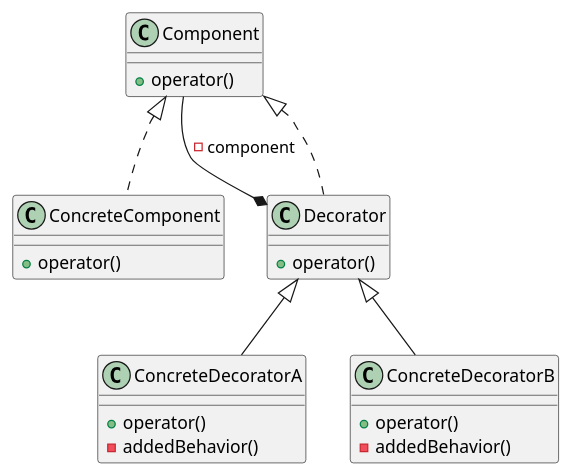
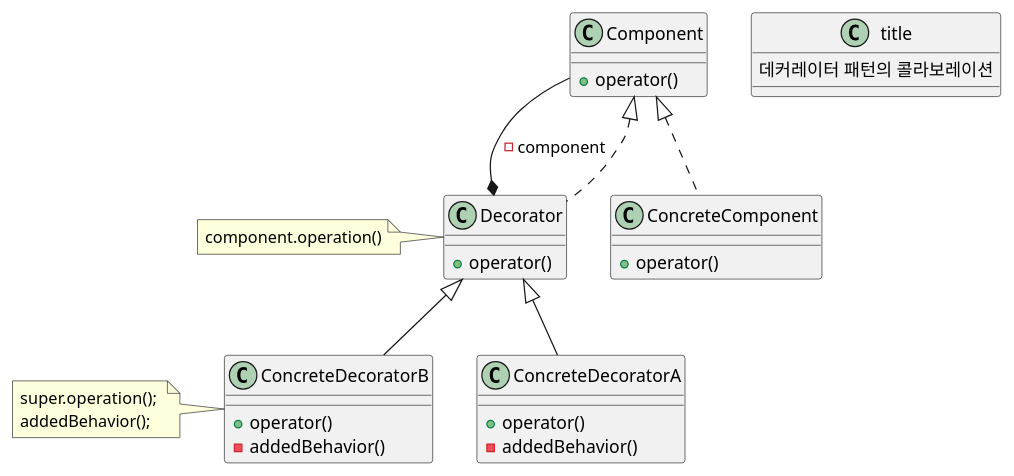
The diagram in ch10-decorator-patterns/diagrams/decorator-pattern-collaboration.puml (walbatrossw/java-design-patterns), drawn with PlantUML before and after one commit. The commit also changed 6 other files, not shown here.

```diff
--- a/ch10-decorator-patterns/diagrams/decorator-pattern-collaboration.puml
+++ b/ch10-decorator-patterns/diagrams/decorator-pattern-collaboration.puml
@@ -1,30 +1,39 @@
 @startuml
+
+title : 데커레이터 패턴의 콜라보레이션
 
 class Component {
     + operator()
 }
 
 class ConcreteComponent {
     + operator()
 }
 
 class Decorator {
     + operator()
 }
 
+note left : component.operation()
+
 class ConcreteDecoratorA {
     + operator()
     - addedBehavior()
 }
 
 class ConcreteDecoratorB {
     + operator()
     - addedBehavior()
 }
 
+note left : super.operation(); \naddedBehavior();
+
+
 Component --* Decorator : -component
 Component <|.. ConcreteComponent
 Component <|.. Decorator
 Decorator <|-- ConcreteDecoratorA
 Decorator <|-- ConcreteDecoratorB
+
+
 @enduml
```
